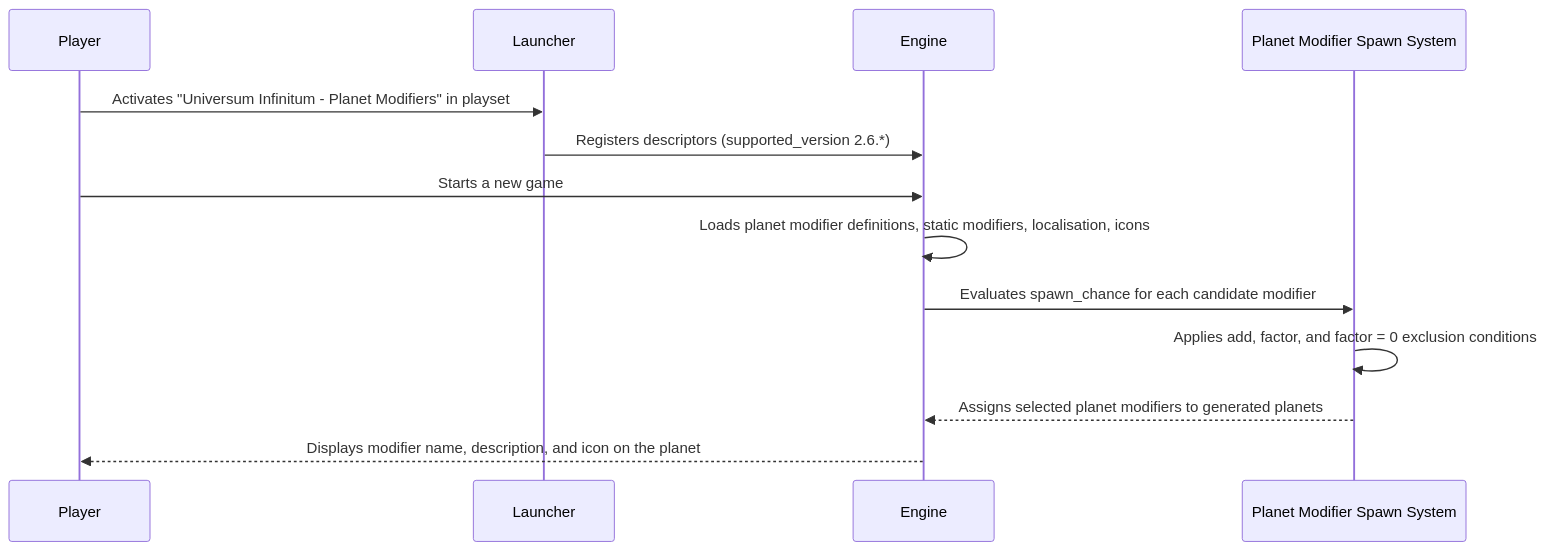
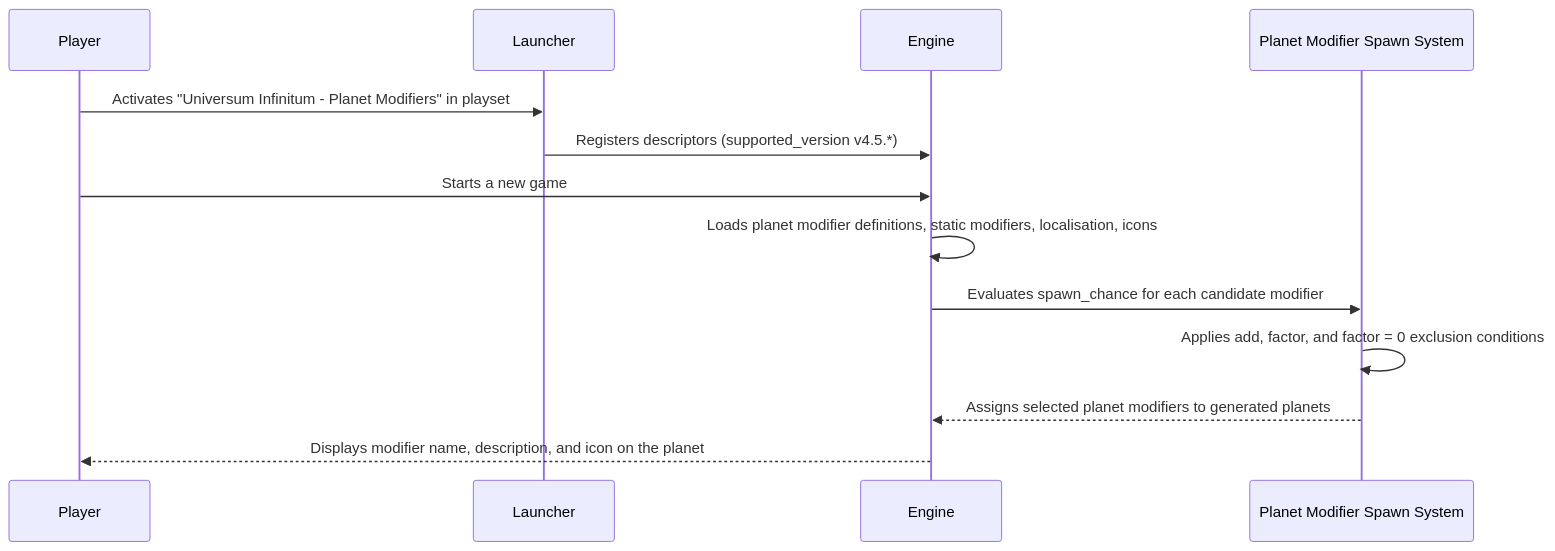
One commit to hmlendea/stellaris-ui-planet-modifiers changed the third of 6 diagrams in ARCHITECTURE.md. Above: the diagram before and after it, drawn with Mermaid. The commit also changed other lines of this file and 40 other files, not shown here.

````diff
--- a/ARCHITECTURE.md
+++ b/ARCHITECTURE.md
@@ -87,15 +87,15 @@
 ```mermaid
 sequenceDiagram
     participant Player
     participant Launcher
     participant Engine
     participant Spawn as Planet Modifier Spawn System
     Player->>Launcher: Activates "Universum Infinitum - Planet Modifiers" in playset
-    Launcher->>Engine: Registers descriptors (supported_version 2.6.*)
+    Launcher->>Engine: Registers descriptors (supported_version v4.5.*)
     Player->>Engine: Starts a new game
     Engine->>Engine: Loads planet modifier definitions, static modifiers, localisation, icons
     Engine->>Spawn: Evaluates spawn_chance for each candidate modifier
     Spawn->>Spawn: Applies add, factor, and factor = 0 exclusion conditions
     Spawn-->>Engine: Assigns selected planet modifiers to generated planets
     Engine-->>Player: Displays modifier name, description, and icon on the planet
 ```
````
